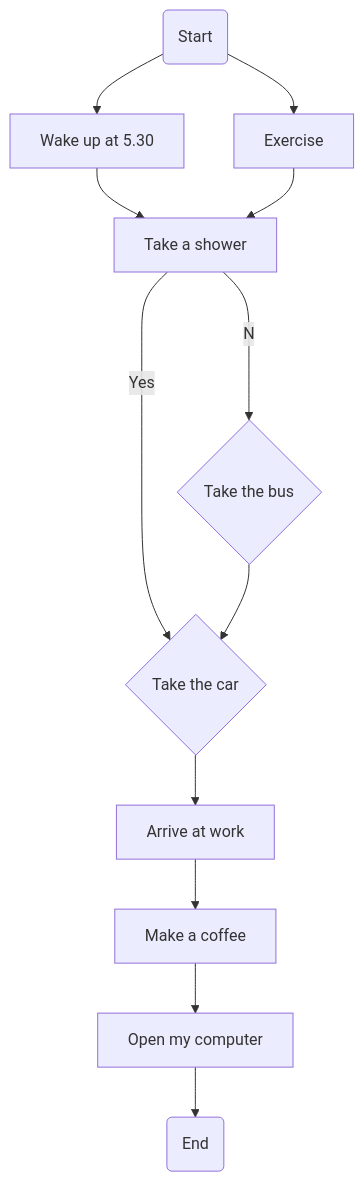
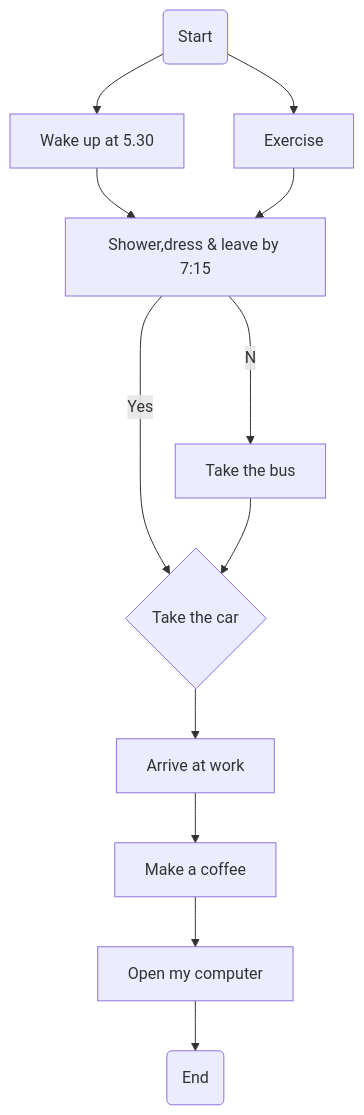
Before and after one commit to yusale9/student-showcase: the second of 2 diagrams in student-work/2022/Debbie-Mankowitz/diagrams.md, drawn with Mermaid.

````diff
--- a/student-work/2022/Debbie-Mankowitz/diagrams.md
+++ b/student-work/2022/Debbie-Mankowitz/diagrams.md
@@ -8,14 +8,14 @@
 ```mermaid
 graph TB;
 A(Start)--> B[Wake up at 5.30];
 A --> C[Exercise];
 B --> D[Lay out your clothes];
-C --> D[Take a shower];
+C --> D[Shower,dress & leave by 7:15];
 D --Yes--> E{Take the car};
-D --No--> F{Take the bus};
+D --No--> F[Take the bus];
 F --> E;
 E --> G[Arrive at work];
 G --> H[Make a coffee];
 H --> I[Open my computer];
 I --> J(End)
 ```
````
